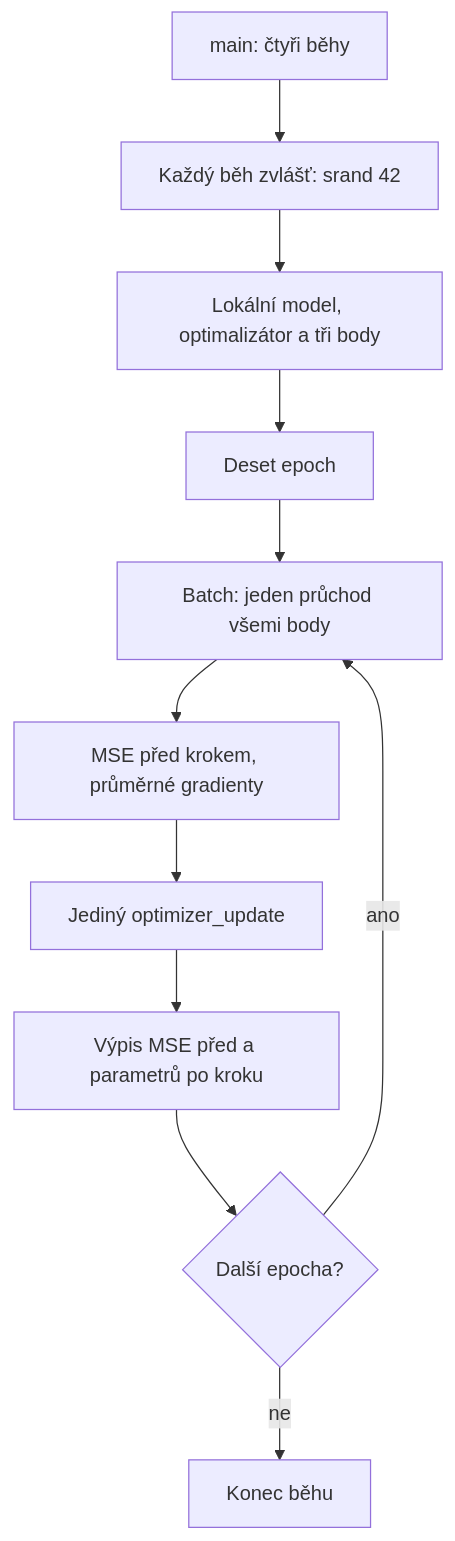
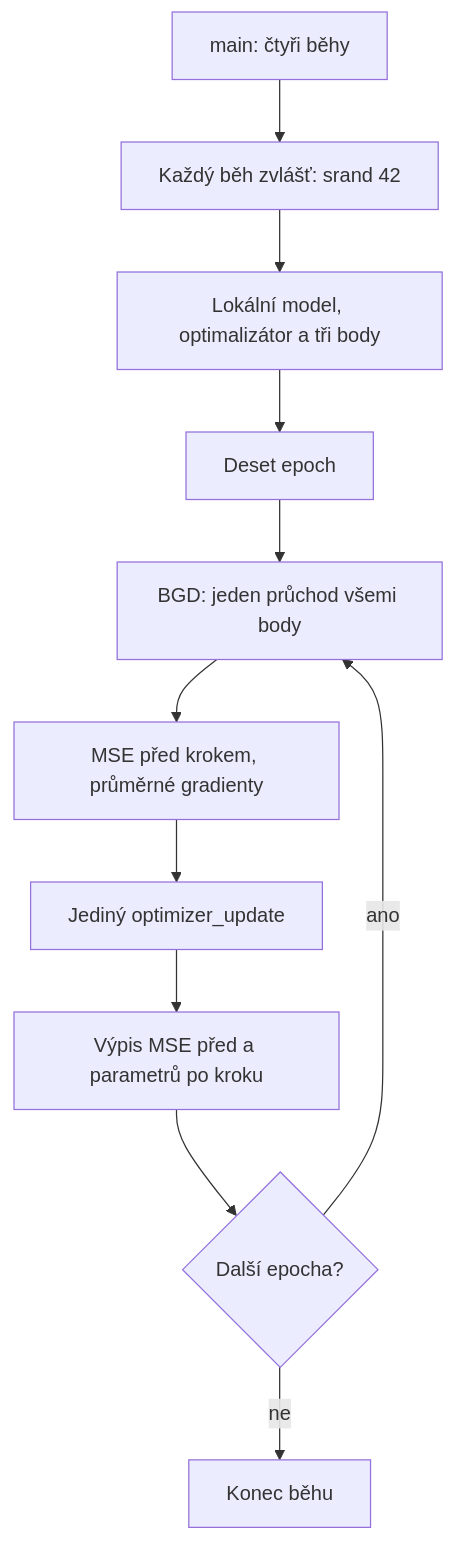
The third of 3 diagrams in 001-LinearRegression/spec/specifikace-linearni-regrese.md (sooneoo/machine-learning), drawn with Mermaid before and after one commit. The commit also changed other lines of this file and 5 other files, not shown here.

````diff
--- a/001-LinearRegression/spec/specifikace-linearni-regrese.md
+++ b/001-LinearRegression/spec/specifikace-linearni-regrese.md
@@ -317,13 +317,13 @@
 ```mermaid
 flowchart TD
     Main[main: čtyři běhy] --> Seed[Každý běh zvlášť: srand 42]
     Seed --> Data[Lokální model, optimalizátor a tři body]
     Data --> Epoch[Deset epoch]
-    Epoch --> Batch[Batch: jeden průchod všemi body]
+    Epoch --> Batch[BGD: jeden průchod všemi body]
     Batch --> Grad[MSE před krokem, průměrné gradienty]
     Grad --> Update[Jediný optimizer_update]
     Update --> Report[Výpis MSE před a parametrů po kroku]
     Report --> More{Další epocha?}
     More -->|ano| Batch
     More -->|ne| End[Konec běhu]
 ```
````
